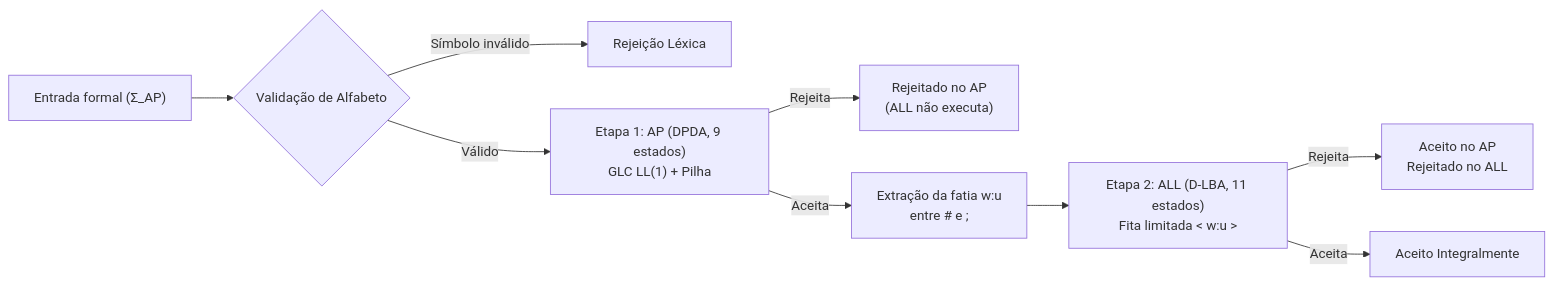
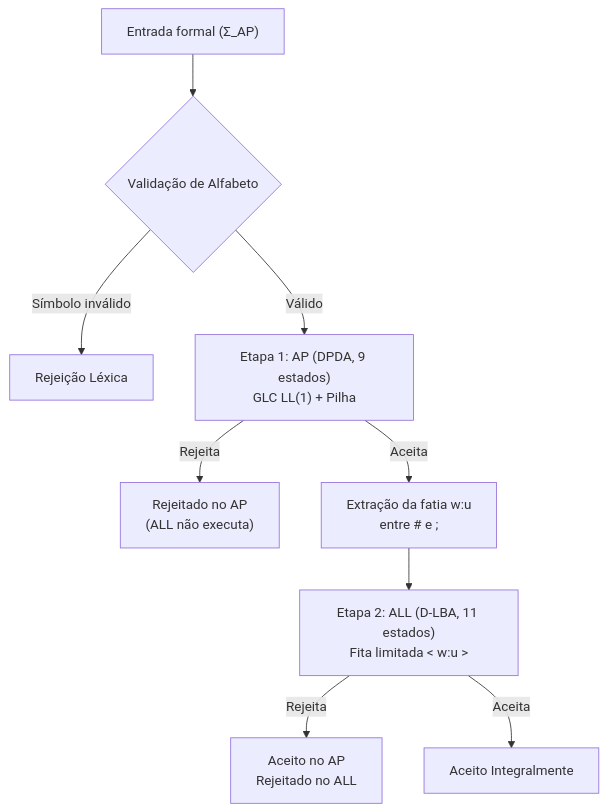
One commit to 1drey2drey3drey/MiniLang-Compiler changed the diagram in docs/diagramas/AV2/arquitetura.md. Above: the diagram before and after it, drawn with Mermaid. The commit also changed 3 other files, not shown here.

Commit message:
docs(av2): switch Mermaid diagrams (ap, all, arquitetura) to vertical layout

````diff
--- a/docs/diagramas/AV2/arquitetura.md
+++ b/docs/diagramas/AV2/arquitetura.md
@@ -3,11 +3,11 @@
 ```mermaid
-flowchart LR
+flowchart TD
     A["Entrada formal (Σ_AP)"] --> B{"Validação de Alfabeto"}
     B -- "Símbolo inválido" --> E1["Rejeição Léxica"]
     B -- "Válido" --> C["Etapa 1: AP (DPDA, 9 estados)\nGLC LL(1) + Pilha"]
     C -- "Rejeita" --> E2["Rejeitado no AP\n(ALL não executa)"]
     C -- "Aceita" --> D["Extração da fatia w:u\nentre # e ;"]
     D --> F["Etapa 2: ALL (D-LBA, 11 estados)\nFita limitada < w:u >"]
     F -- "Rejeita" --> E3["Aceito no AP\nRejeitado no ALL"]
     F -- "Aceita" --> OK["Aceito Integralmente"]
 ```
````
